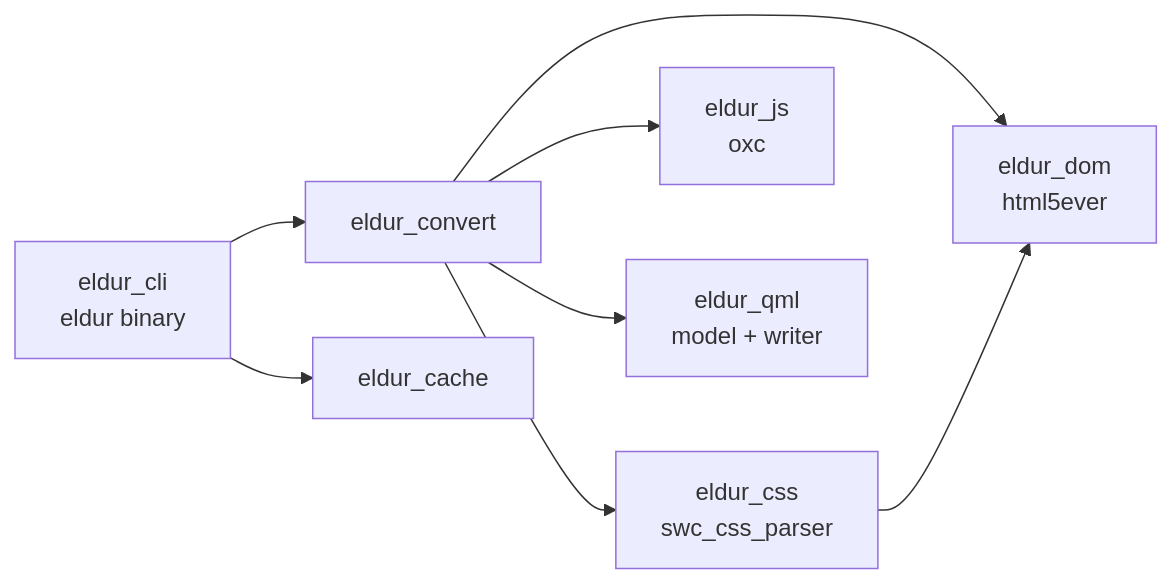
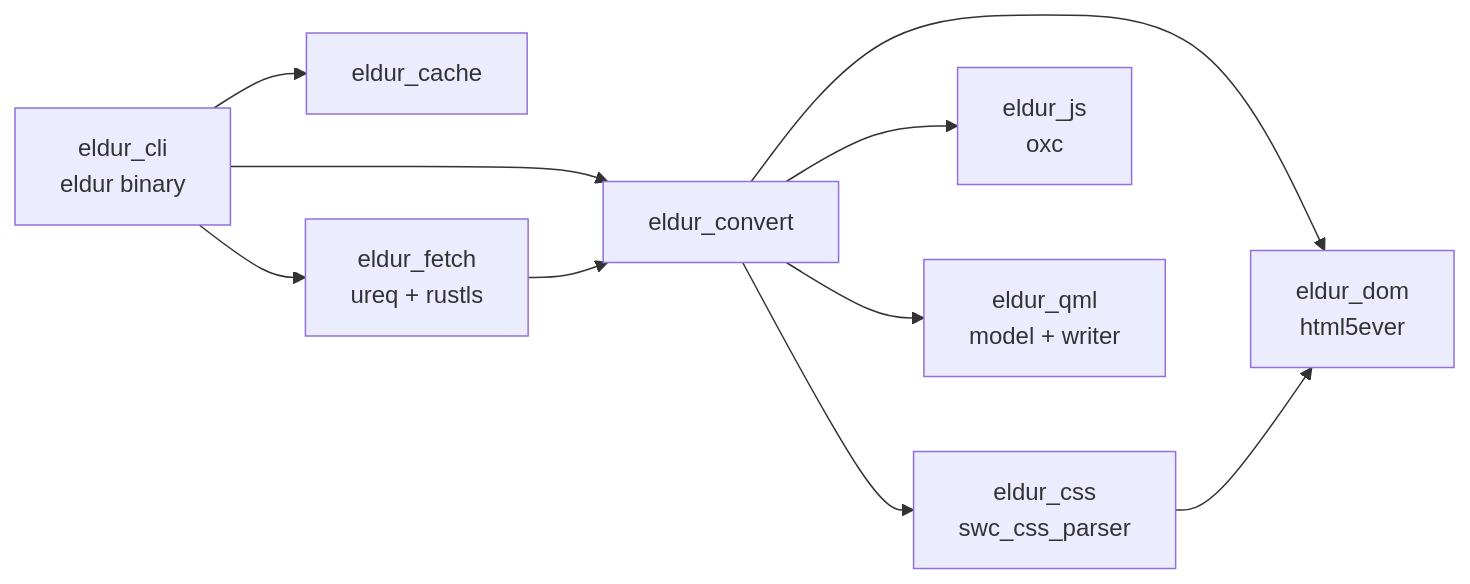
Before and after one commit to hal-c2/eldur: the diagram in docs/ARCHITECTURE.md, drawn with Mermaid. The commit also changed other lines of this file and 2 other files, not shown here.

````diff
--- a/docs/ARCHITECTURE.md
+++ b/docs/ARCHITECTURE.md
@@ -22,10 +22,12 @@
 ```mermaid
 flowchart LR
     cli[eldur_cli<br/>eldur binary] --> convert[eldur_convert]
     cli --> cache[eldur_cache]
+    cli --> fetch[eldur_fetch<br/>ureq + rustls]
+    fetch --> convert
     convert --> dom[eldur_dom<br/>html5ever]
     convert --> css[eldur_css<br/>swc_css_parser]
     convert --> js[eldur_js<br/>oxc]
     convert --> qml[eldur_qml<br/>model + writer]
     css --> dom
 ```
````
